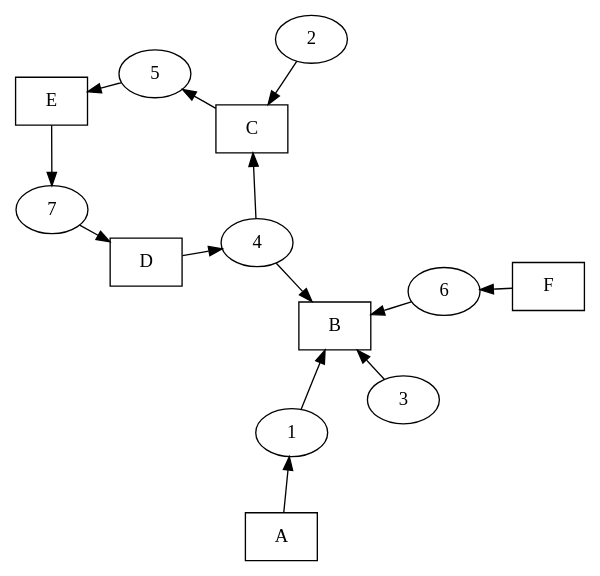
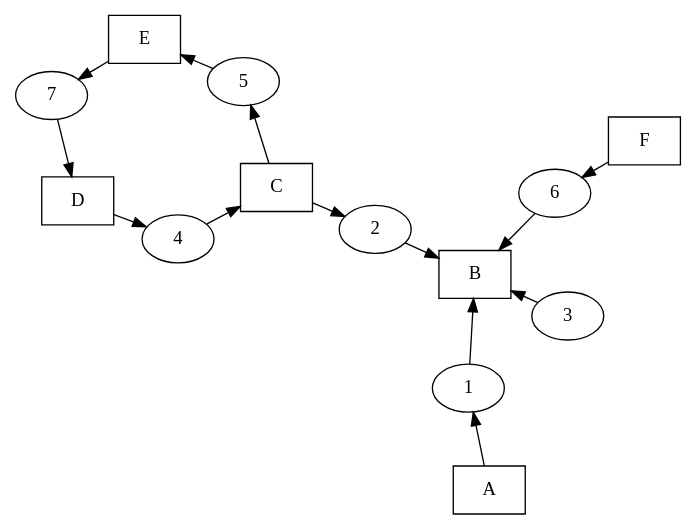
Before and after one commit to gwolf/sistop: the second of 2 diagrams in laminas/06-bloqueos-mutuos.org, drawn with Graphviz. The commit also changed other lines of this file and 1 other file, not shown here.

Commit message:
Corrijo error en el grafo de procesos para detección de bloqueos

```diff
--- a/laminas/06-bloqueos-mutuos.org
+++ b/laminas/06-bloqueos-mutuos.org
@@ -572,24 +572,24 @@
 #+begin_src dot :exports results :file ltxpng/deteccion_bloqueos.png
 digraph G {
 	layout = neato;
 	1 [label = "1"];
 	2 [label = "2"];
 	3 [label = "3"];
 	4 [label = "4"];
 	5 [label = "5"];
 	6 [label = "6"];
 	7 [label = "7"];
 	A [label = "A", shape = box];
 	B [label = "B", shape = box];
 	C [label = "C", shape = box];
 	D [label = "D", shape = box];
 	E [label = "E", shape = box];
 	F [label = "F", shape = box];
 	A -> 1 -> B
 	3 -> B;
 	F -> 6 -> B;
-	4 -> B;
-	4 -> C;
-	2 -> C -> 5 -> E -> 7 -> D -> 4;
+	2 -> B;
+	4 -> C -> 2;
+	C -> 5 -> E -> 7 -> D -> 4;
 }
 #+end_src
```
